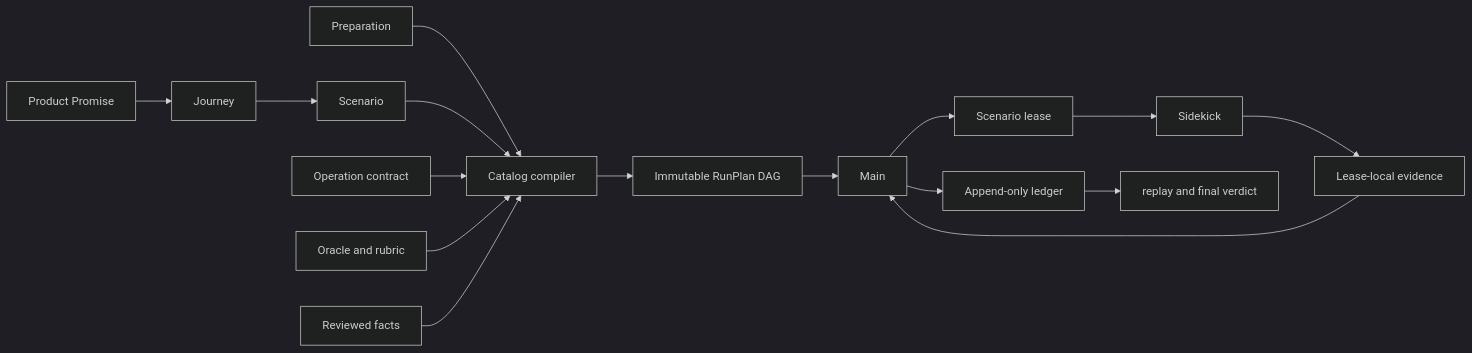
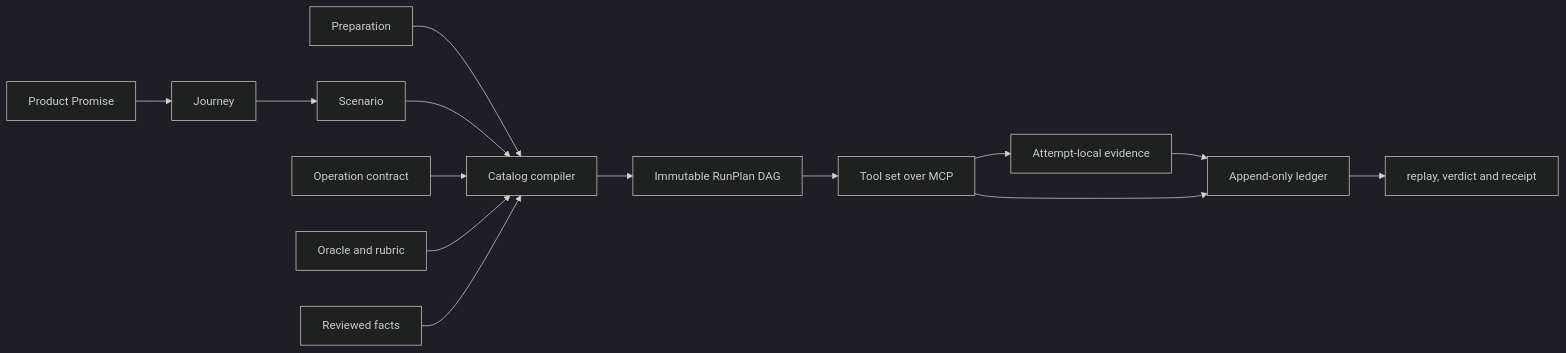
Before and after one commit to 1873663116/Enchron: the diagram in Config/regression/catalog-root/README.md, drawn with Mermaid (dark theme). The commit also changed other lines of this file and 11 other files, not shown here.

````diff
--- a/Config/regression/catalog-root/README.md
+++ b/Config/regression/catalog-root/README.md
@@ -9,18 +9,16 @@
 ```mermaid
 flowchart LR
     P[Product Promise] --> J[Journey]
     J --> S[Scenario]
     PR[Preparation] --> C
     S --> C[Catalog compiler]
     O[Operation contract] --> C
     R[Oracle and rubric] --> C
     F[Reviewed facts] --> C
     C --> RP[Immutable RunPlan DAG]
-    RP --> M[Main]
-    M --> L[Scenario lease]
-    L --> SK[Sidekick]
-    SK --> E[Lease-local evidence]
-    E --> M
-    M --> LG[Append-only ledger]
-    LG --> V[replay and final verdict]
+    RP --> T[Tool set over MCP]
+    T --> E[Attempt-local evidence]
+    E --> LG[Append-only ledger]
+    T --> LG
+    LG --> V[replay, verdict and receipt]
 ```
````
